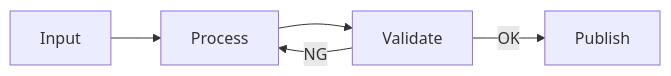
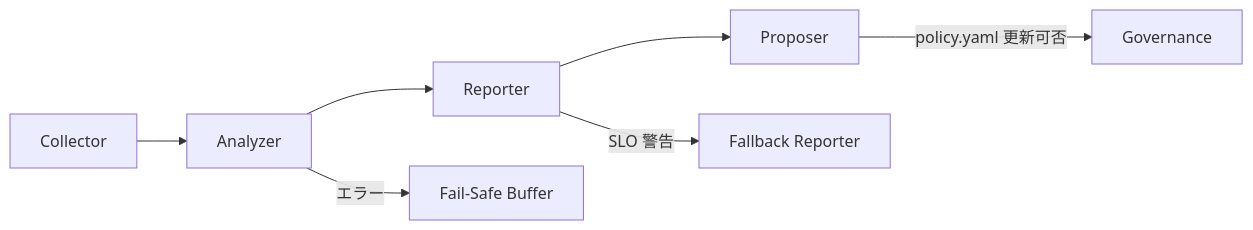
Before and after one commit to RNA4219/Day8: the diagram in workflow-cookbook/BLUEPRINT.md, drawn with Mermaid. The commit also changed other lines of this file and 2 other files, not shown here.

Commit message:
Refine blueprint with Katamari flow and SLOs (#407)

````diff
--- a/workflow-cookbook/BLUEPRINT.md
+++ b/workflow-cookbook/BLUEPRINT.md
@@ -31,7 +34,9 @@
 ```mermaid
 flowchart LR
-  A[Input] --> B[Process]
-  B --> C[Validate]
-  C -->|OK| D[Publish]
-  C -->|NG| B
+  C[Collector] --> A[Analyzer]
+  A --> R[Reporter]
+  R --> P[Proposer]
+  P -->|policy.yaml 更新可否| G[Governance]
+  A -->|エラー| BF[Fail-Safe Buffer]
+  R -->|SLO 警告| FS[Fallback Reporter]
 ```
````
